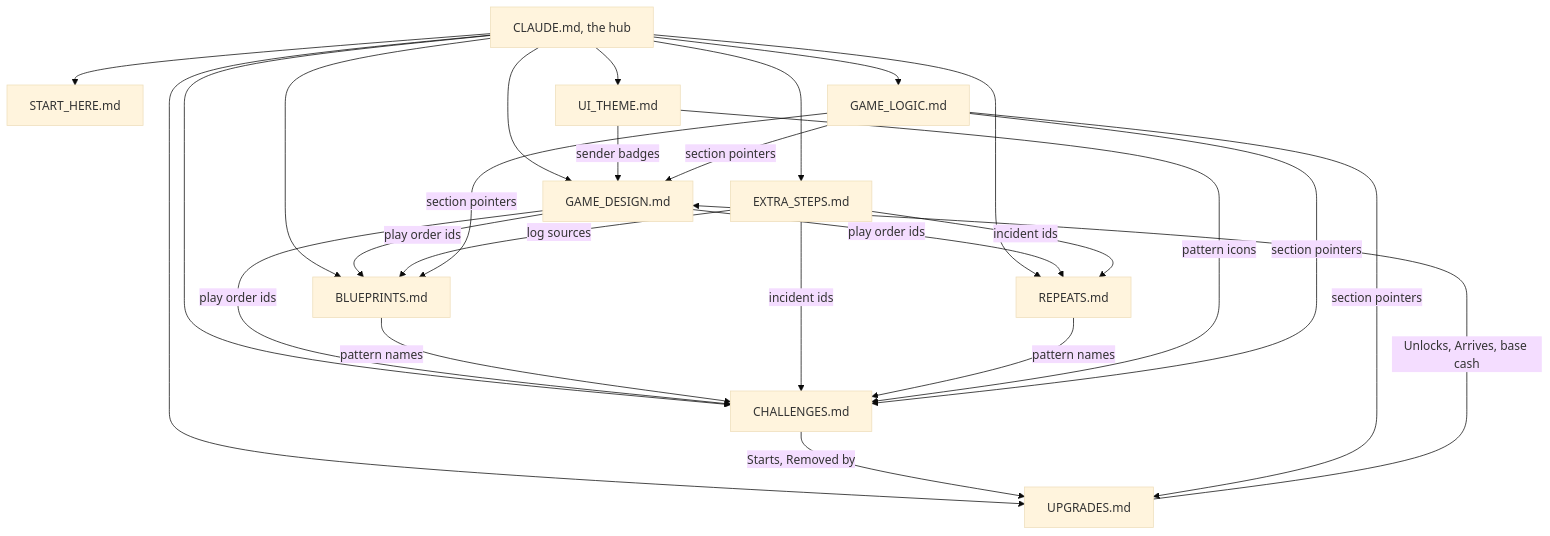
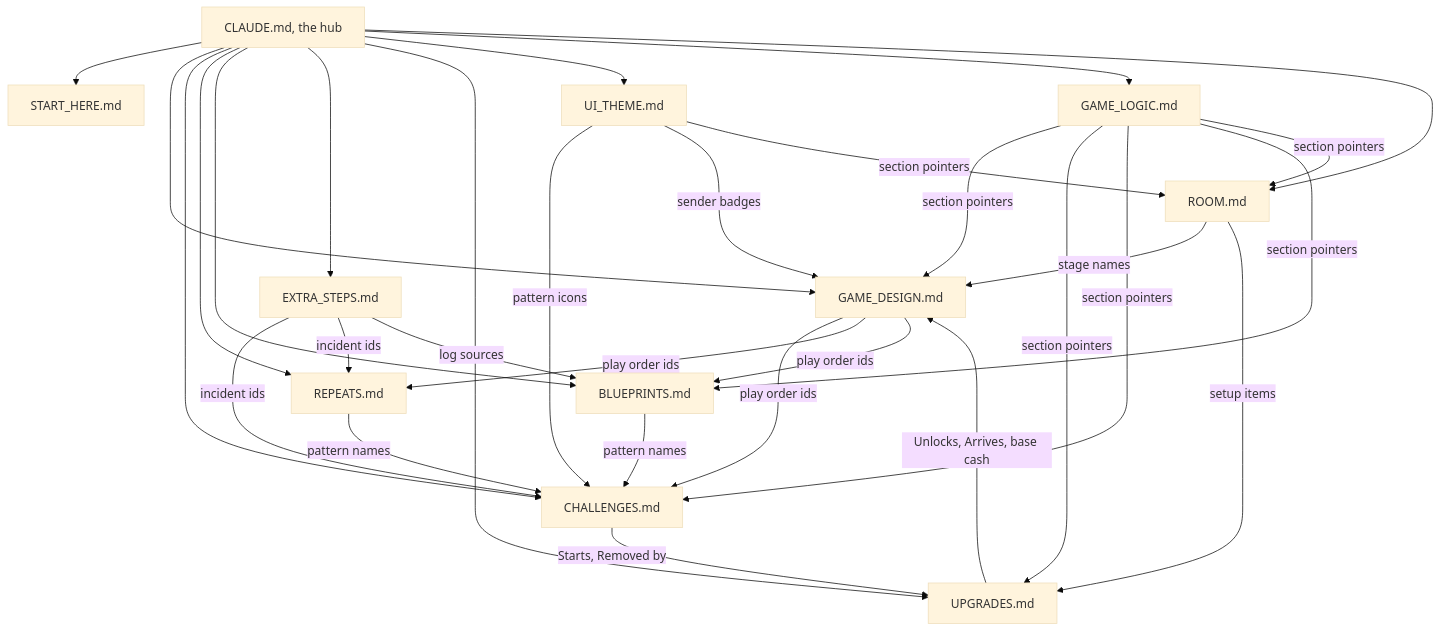
The diagram in CLAUDE.md (Simbax12/SAAS-tycoon-), drawn with Mermaid (base theme) before and after one commit. The commit also changed other lines of this file and 6 other files, not shown here.

````diff
--- a/CLAUDE.md
+++ b/CLAUDE.md
@@ -29,38 +30,44 @@
 ```mermaid
 flowchart TD
   HUB["CLAUDE.md, the hub"]
   SH["START_HERE.md"]
   GD["GAME_DESIGN.md"]
   CH["CHALLENGES.md"]
   RP["REPEATS.md"]
   BP["BLUEPRINTS.md"]
   ES["EXTRA_STEPS.md"]
   UP["UPGRADES.md"]
   UI["UI_THEME.md"]
   GL["GAME_LOGIC.md"]
+  RM["ROOM.md"]
   HUB --> SH
   HUB --> GD
   HUB --> CH
   HUB --> RP
   HUB --> BP
   HUB --> ES
   HUB --> UP
   HUB --> UI
   HUB --> GL
+  HUB --> RM
   GD -->|play order ids| CH
   GD -->|play order ids| RP
   GD -->|play order ids| BP
   BP -->|pattern names| CH
   ES -->|incident ids| CH
   ES -->|incident ids| RP
   ES -->|log sources| BP
   CH -->|Starts, Removed by| UP
   UP -->|Unlocks, Arrives, base cash| GD
   RP -->|pattern names| CH
   UI -->|pattern icons| CH
   UI -->|sender badges| GD
   GL -->|section pointers| GD
   GL -->|section pointers| UP
   GL -->|section pointers| CH
   GL -->|section pointers| BP
+  GL -->|section pointers| RM
+  RM -->|stage names| GD
+  RM -->|setup items| UP
+  UI -->|section pointers| RM
 ```
````
